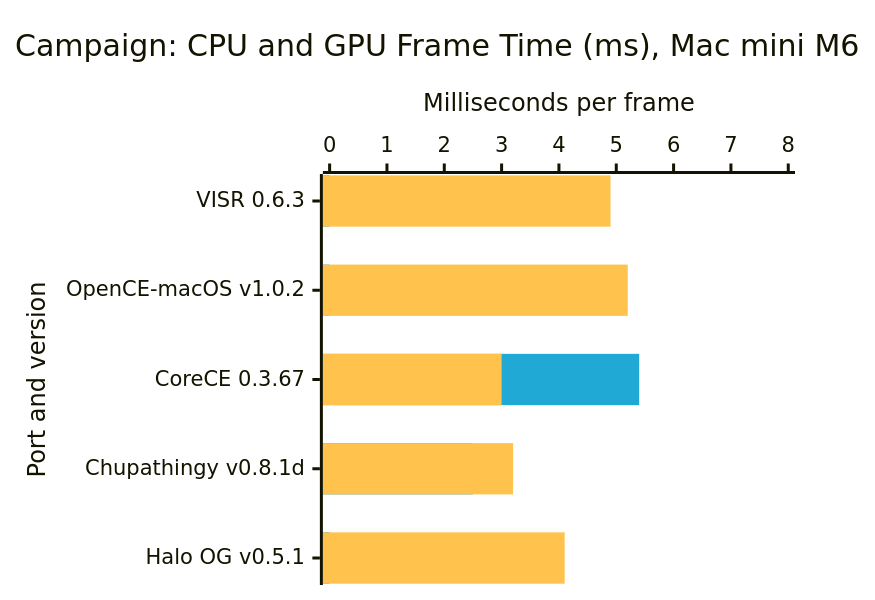
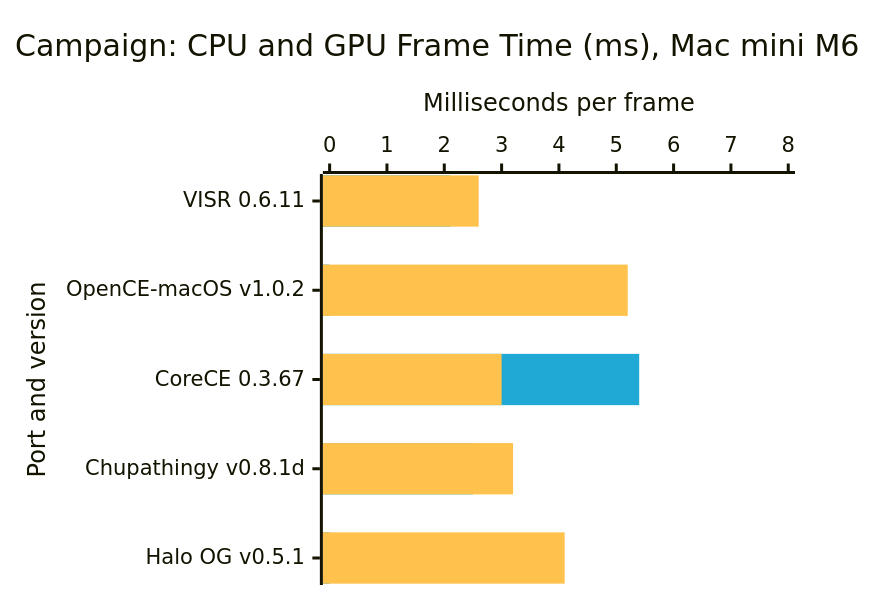
The first of 8 diagrams in docs/benchmarks.md (VISR-CE/visr), drawn with Mermaid before and after one commit. The commit also changed other lines of this file and 3 other files, not shown here.

````diff
--- a/docs/benchmarks.md
+++ b/docs/benchmarks.md
@@ -19,17 +19,17 @@
 ```mermaid
 ---
 config:
   xyChart:
     width: 520
     height: 380
   themeVariables:
     xyChart:
       plotColorPalette: "#1fa9d4, #ffc24d"
 ---
 xychart-beta horizontal
     title "Campaign: CPU and GPU Frame Time (ms), Mac mini M6"
-    x-axis "Port and version" ["VISR 0.6.3", "OpenCE-macOS v1.0.2", "CoreCE 0.3.67", "Chupathingy v0.8.1d", "Halo OG v0.5.1"]
+    x-axis "Port and version" ["VISR 0.6.11", "OpenCE-macOS v1.0.2", "CoreCE 0.3.67", "Chupathingy v0.8.1d", "Halo OG v0.5.1"]
     y-axis "Milliseconds per frame" 0 --> 8
-    bar [0, 0, 5.4, 2.5, 0]
-    bar [4.9, 5.2, 3, 3.2, 4.1]
+    bar [2.1, 0, 5.4, 2.5, 0]
+    bar [2.6, 5.2, 3, 3.2, 4.1]
 ```
````
